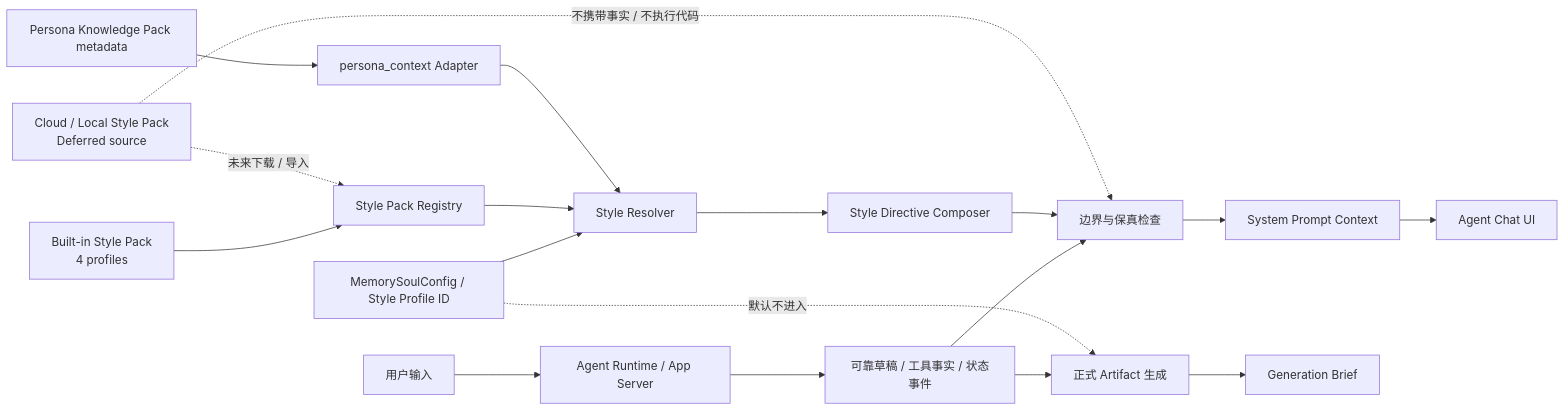
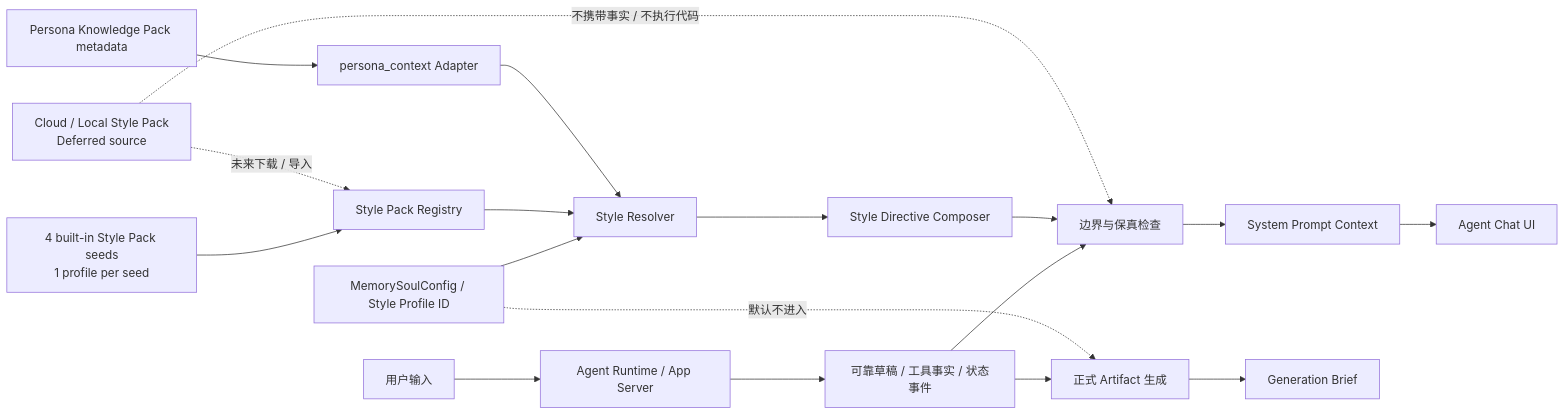
Before and after one commit to jiujuan/lime: the first of 3 diagrams in internal/roadmap/soul/personal-style-profiles.md, drawn with Mermaid. The commit also changed other lines of this file and 706 other files, not shown here.

````diff
--- a/internal/roadmap/soul/personal-style-profiles.md
+++ b/internal/roadmap/soul/personal-style-profiles.md
@@ -359,20 +400,20 @@
 ```mermaid
 flowchart LR
   User[用户输入] --> Runtime[Agent Runtime / App Server]
   Runtime --> Facts[可靠草稿 / 工具事实 / 状态事件]
   Config[MemorySoulConfig / Style Profile ID] --> Resolver[Style Resolver]
-  BuiltInPack[Built-in Style Pack\n4 profiles] --> Registry[Style Pack Registry]
+  BuiltInPack[4 built-in Style Pack seeds\n1 profile per seed] --> Registry[Style Pack Registry]
   CloudPack[Cloud / Local Style Pack\nDeferred source] -. 未来下载 / 导入 .-> Registry
   Registry --> Resolver
   Persona[Persona Knowledge Pack metadata] --> Adapter[persona_context Adapter]
   Adapter --> Resolver
   Resolver --> Composer[Style Directive Composer]
   Facts --> Guard[边界与保真检查]
   Composer --> Guard
   Guard --> Prompt[System Prompt Context]
   Prompt --> UI[Agent Chat UI]
   Facts --> Artifact[正式 Artifact 生成]
   Artifact --> Brief[Generation Brief]
   Config -. 默认不进入 .-> Artifact
   CloudPack -. 不携带事实 / 不执行代码 .-> Guard
 ```
````
